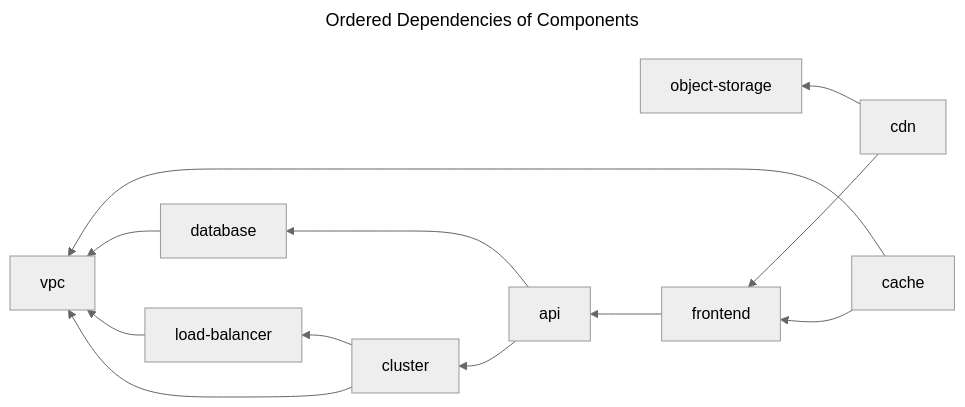
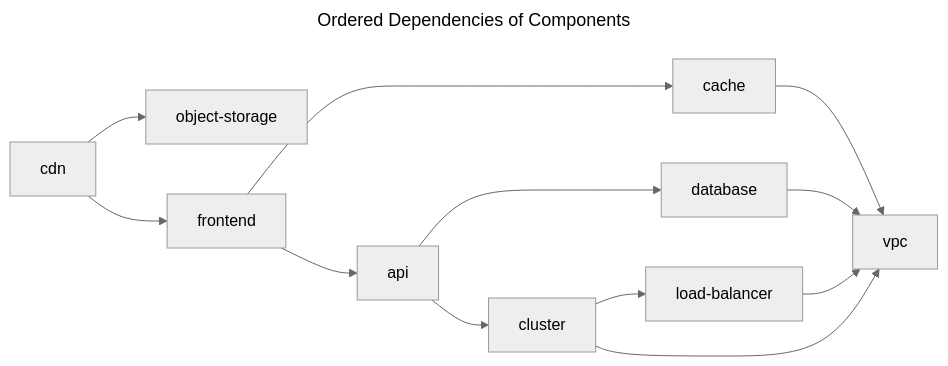
Before and after one commit to cloudposse-examples/infra-demo-atmos-pro: the diagram in README.md, drawn with Mermaid (neutral theme). The commit also changed 1 other file, not shown here.

Commit message:
updated mermaid

````diff
--- a/README.md
+++ b/README.md
@@ -65,18 +65,18 @@
 ```mermaid
 ---
 title: Ordered Dependencies of Components
 ---
 
-graph RL;
+graph LR;
     cache --> vpc
     database --> vpc
     load-balancer --> vpc
     cluster --> vpc
     cluster --> load-balancer
     cdn --> object-storage
     cdn --> frontend
-    cache --> frontend
     api --> database
     api --> cluster
+    frontend --> cache
     frontend --> api
 ```
````
